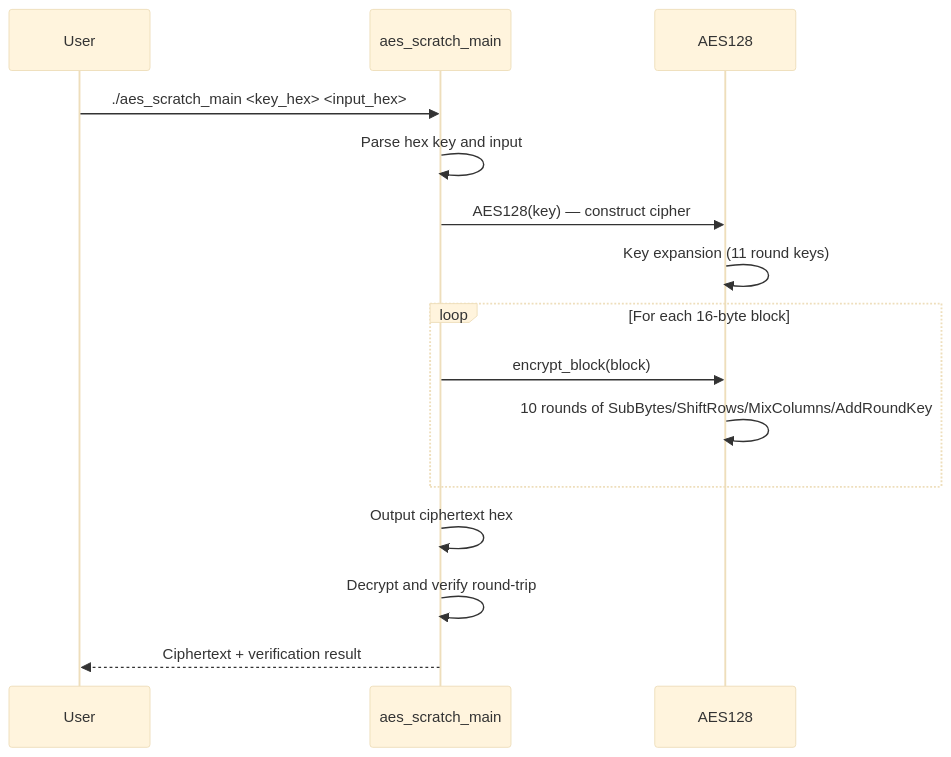
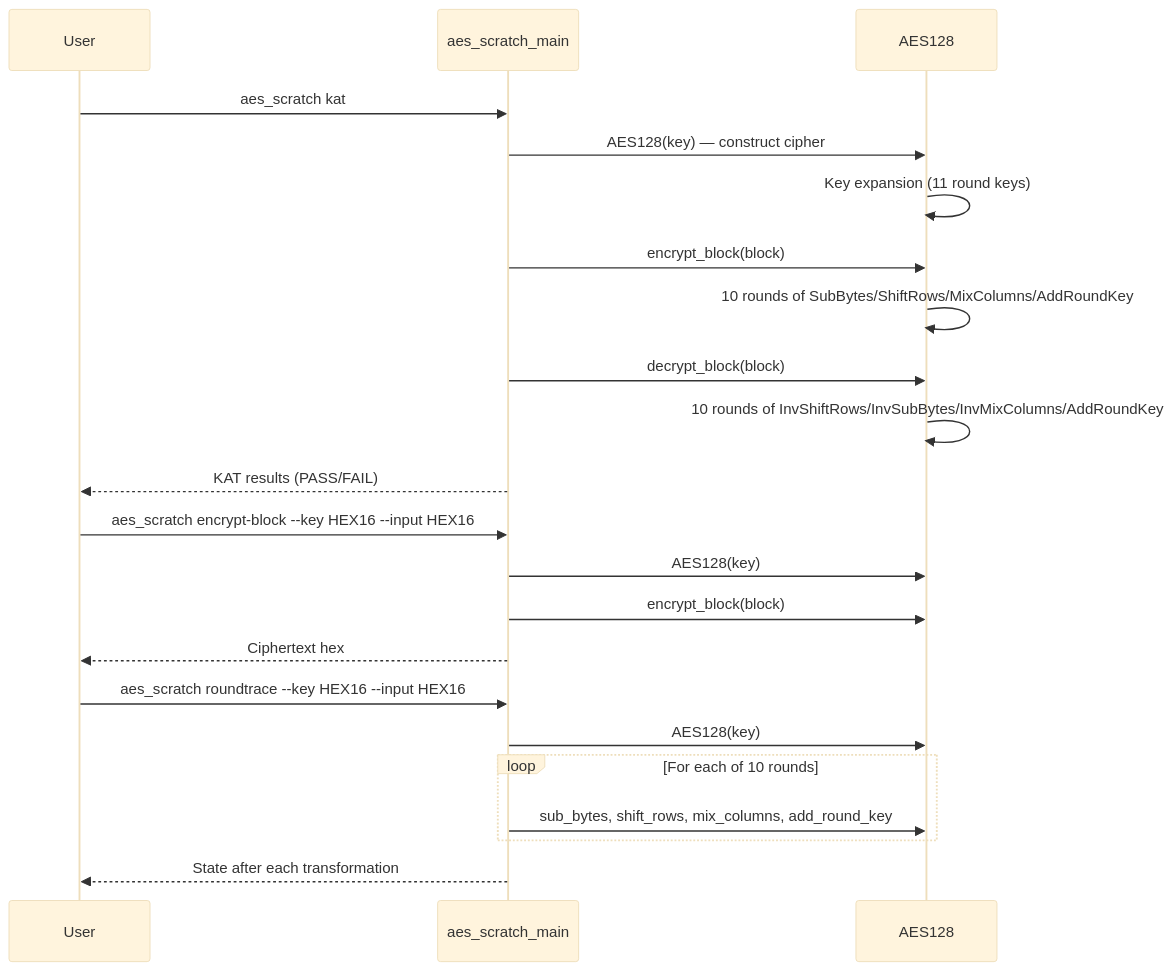
The fifth of 9 diagrams in docs/architecture.md (adhamhaithameid/aes-comparison-lab), drawn with Mermaid (base theme) before and after one commit. The commit also changed other lines of this file and 9 other files, not shown here.

````diff
--- a/docs/architecture.md
+++ b/docs/architecture.md
@@ -191,18 +191,27 @@
 ```mermaid
 sequenceDiagram
     participant U as User
     participant CLI as aes_scratch_main
     participant A as AES128
 
-    U->>CLI: ./aes_scratch_main <key_hex> <input_hex>
-    CLI->>CLI: Parse hex key and input
+    U->>CLI: aes_scratch kat
     CLI->>A: AES128(key) — construct cipher
     A->>A: Key expansion (11 round keys)
-    loop For each 16-byte block
-        CLI->>A: encrypt_block(block)
-        A->>A: 10 rounds of SubBytes/ShiftRows/MixColumns/AddRoundKey
+    CLI->>A: encrypt_block(block)
+    A->>A: 10 rounds of SubBytes/ShiftRows/MixColumns/AddRoundKey
+    CLI->>A: decrypt_block(block)
+    A->>A: 10 rounds of InvShiftRows/InvSubBytes/InvMixColumns/AddRoundKey
+    CLI-->>U: KAT results (PASS/FAIL)
+
+    U->>CLI: aes_scratch encrypt-block --key HEX16 --input HEX16
+    CLI->>A: AES128(key)
+    CLI->>A: encrypt_block(block)
+    CLI-->>U: Ciphertext hex
+
+    U->>CLI: aes_scratch roundtrace --key HEX16 --input HEX16
+    CLI->>A: AES128(key)
+    loop For each of 10 rounds
+        CLI->>A: sub_bytes, shift_rows, mix_columns, add_round_key
     end
-    CLI->>CLI: Output ciphertext hex
-    CLI->>CLI: Decrypt and verify round-trip
-    CLI-->>U: Ciphertext + verification result
+    CLI-->>U: State after each transformation
 ```
````
